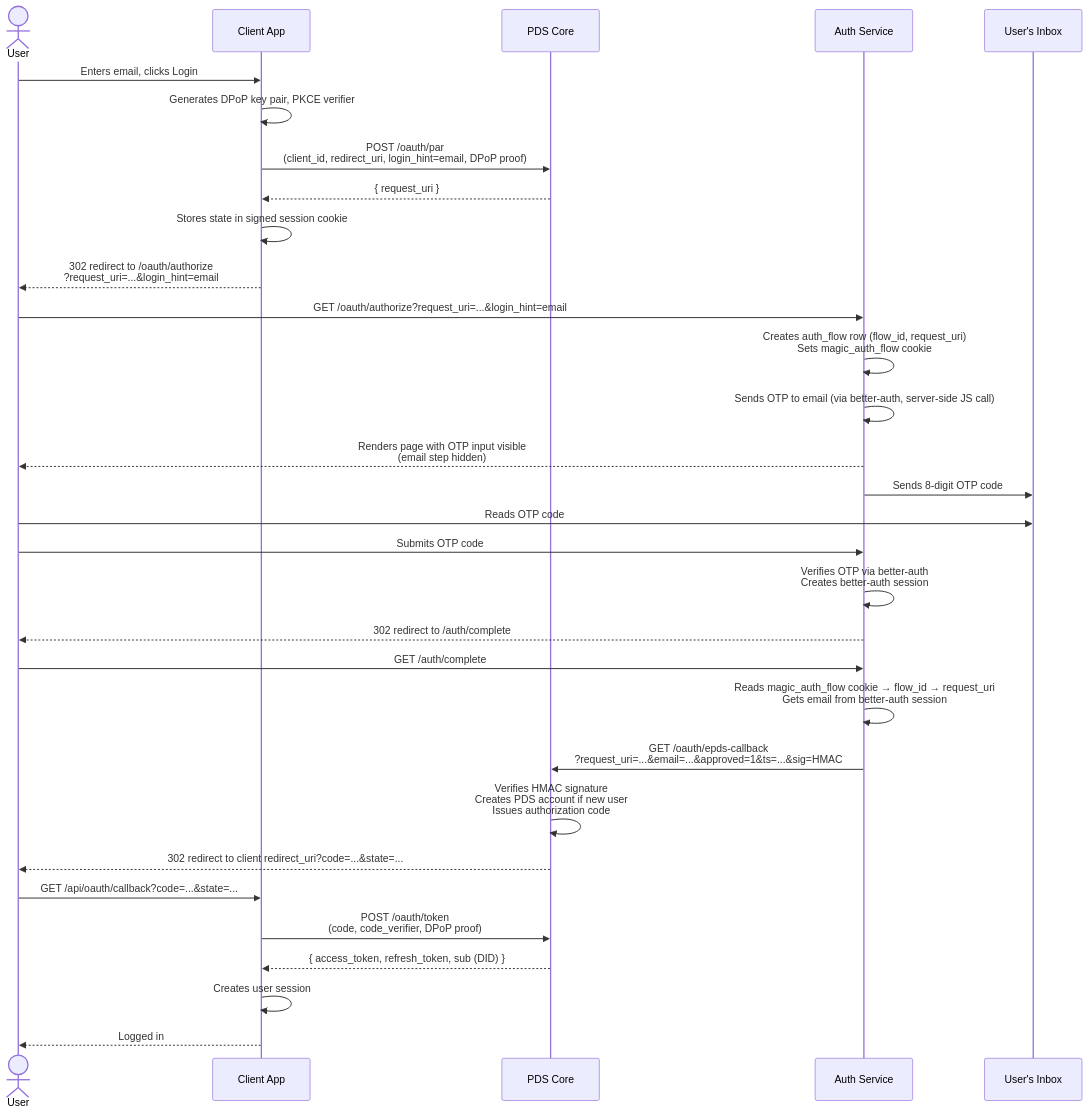
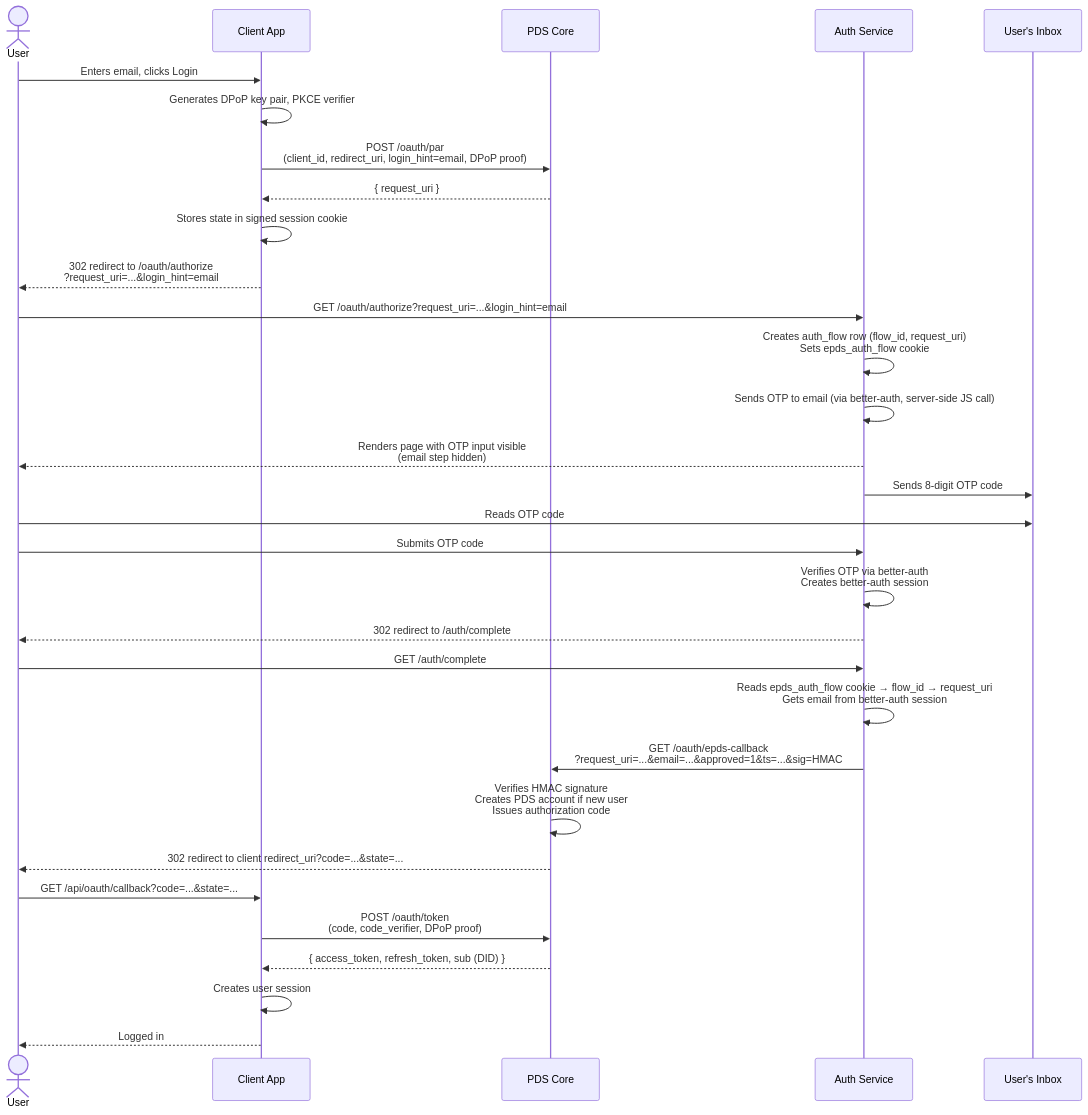
One commit to aspiers/ePDS changed the first of 2 diagrams in docs/tutorial.md. Above: the diagram before and after it, drawn with Mermaid. The commit also changed other lines of this file and 8 other files, not shown here.

Commit message:
refactor: rename magic_auth_flow cookie → epds_auth_flow

````diff
--- a/docs/tutorial.md
+++ b/docs/tutorial.md
@@ -51,38 +51,38 @@
 ```mermaid
 sequenceDiagram
     actor User
     participant App as Client App
     participant PDS as PDS Core
     participant Auth as Auth Service
     participant Email as User's Inbox
 
     User->>App: Enters email, clicks Login
     App->>App: Generates DPoP key pair, PKCE verifier
     App->>PDS: POST /oauth/par<br/>(client_id, redirect_uri, login_hint=email, DPoP proof)
     PDS-->>App: { request_uri }
     App->>App: Stores state in signed session cookie
     App-->>User: 302 redirect to /oauth/authorize<br/>?request_uri=...&login_hint=email
 
     User->>Auth: GET /oauth/authorize?request_uri=...&login_hint=email
-    Auth->>Auth: Creates auth_flow row (flow_id, request_uri)<br/>Sets magic_auth_flow cookie
+    Auth->>Auth: Creates auth_flow row (flow_id, request_uri)<br/>Sets epds_auth_flow cookie
     Auth->>Auth: Sends OTP to email (via better-auth, server-side JS call)
     Auth-->>User: Renders page with OTP input visible<br/>(email step hidden)
     Auth->>Email: Sends 8-digit OTP code
 
     User->>Email: Reads OTP code
     User->>Auth: Submits OTP code
     Auth->>Auth: Verifies OTP via better-auth<br/>Creates better-auth session
     Auth-->>User: 302 redirect to /auth/complete
 
     User->>Auth: GET /auth/complete
-    Auth->>Auth: Reads magic_auth_flow cookie → flow_id → request_uri<br/>Gets email from better-auth session
+    Auth->>Auth: Reads epds_auth_flow cookie → flow_id → request_uri<br/>Gets email from better-auth session
     Auth->>PDS: GET /oauth/epds-callback<br/>?request_uri=...&email=...&approved=1&ts=...&sig=HMAC
     PDS->>PDS: Verifies HMAC signature<br/>Creates PDS account if new user<br/>Issues authorization code
     PDS-->>User: 302 redirect to client redirect_uri?code=...&state=...
 
     User->>App: GET /api/oauth/callback?code=...&state=...
     App->>PDS: POST /oauth/token<br/>(code, code_verifier, DPoP proof)
     PDS-->>App: { access_token, refresh_token, sub (DID) }
     App->>App: Creates user session
     App-->>User: Logged in
 ```
````
